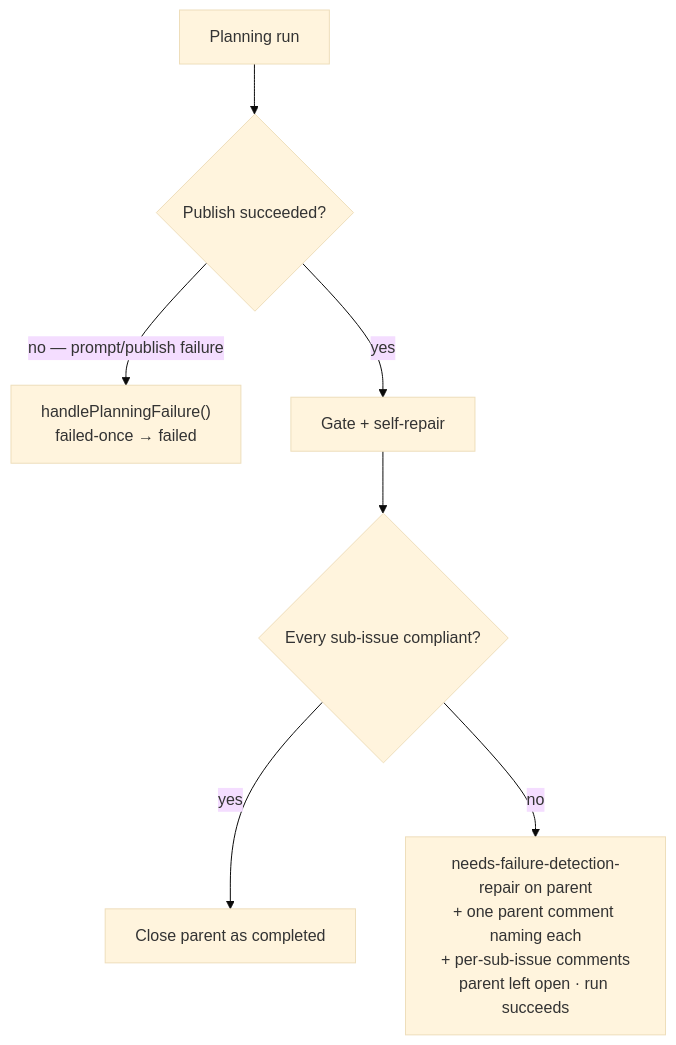
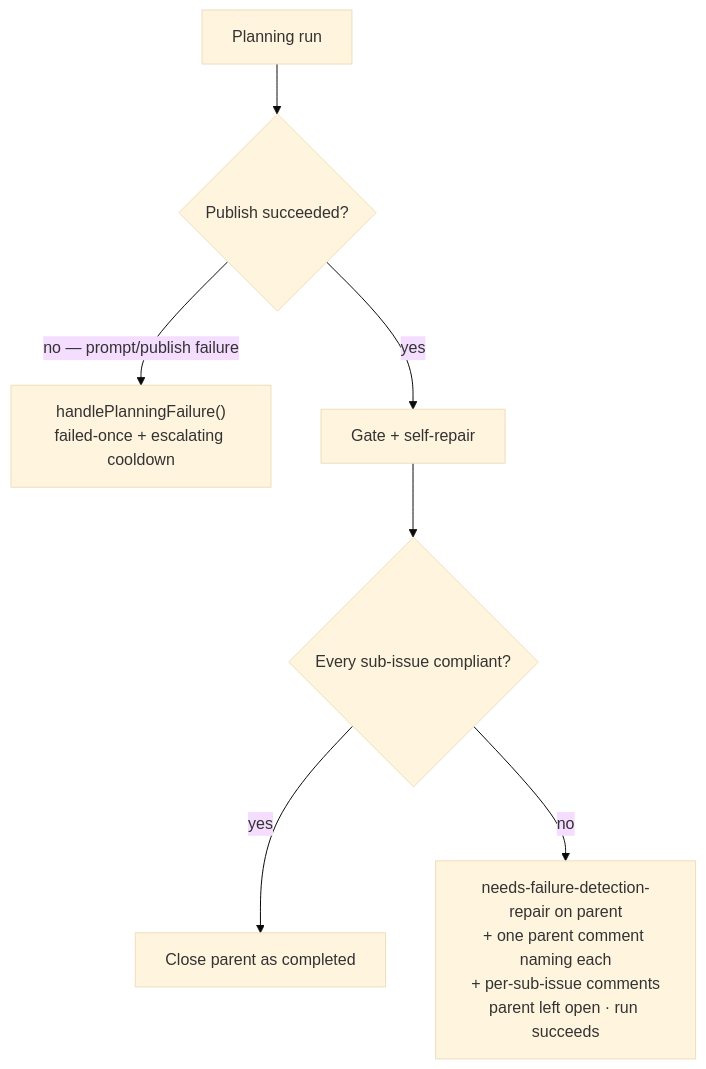
One commit to stSoftwareAU/VibeCoder changed the third of 12 diagrams in docs/workflows/planning-and-questions.md. Above: the diagram before and after it, drawn with Mermaid (base theme). The commit also changed other lines of this file and 2 other files, not shown here.

First line of the commit message:
docs: a repeat failure keeps failed-once; the worker never applies failed (Issue #5318)

````diff
--- a/docs/workflows/planning-and-questions.md
+++ b/docs/workflows/planning-and-questions.md
@@ -346,9 +347,9 @@
 ```mermaid
 flowchart TD
     A[Planning run] --> B{Publish succeeded?}
-    B -->|no — prompt/publish failure| C["handlePlanningFailure()<br/>failed-once → failed"]
+    B -->|no — prompt/publish failure| C["handlePlanningFailure()<br/>failed-once + escalating cooldown"]
     B -->|yes| D[Gate + self-repair]
     D --> E{Every sub-issue compliant?}
     E -->|yes| F[Close parent as completed]
     E -->|no| G["needs-failure-detection-repair on parent<br/>+ one parent comment naming each<br/>+ per-sub-issue comments<br/>parent left open · run succeeds"]
 ```
````
